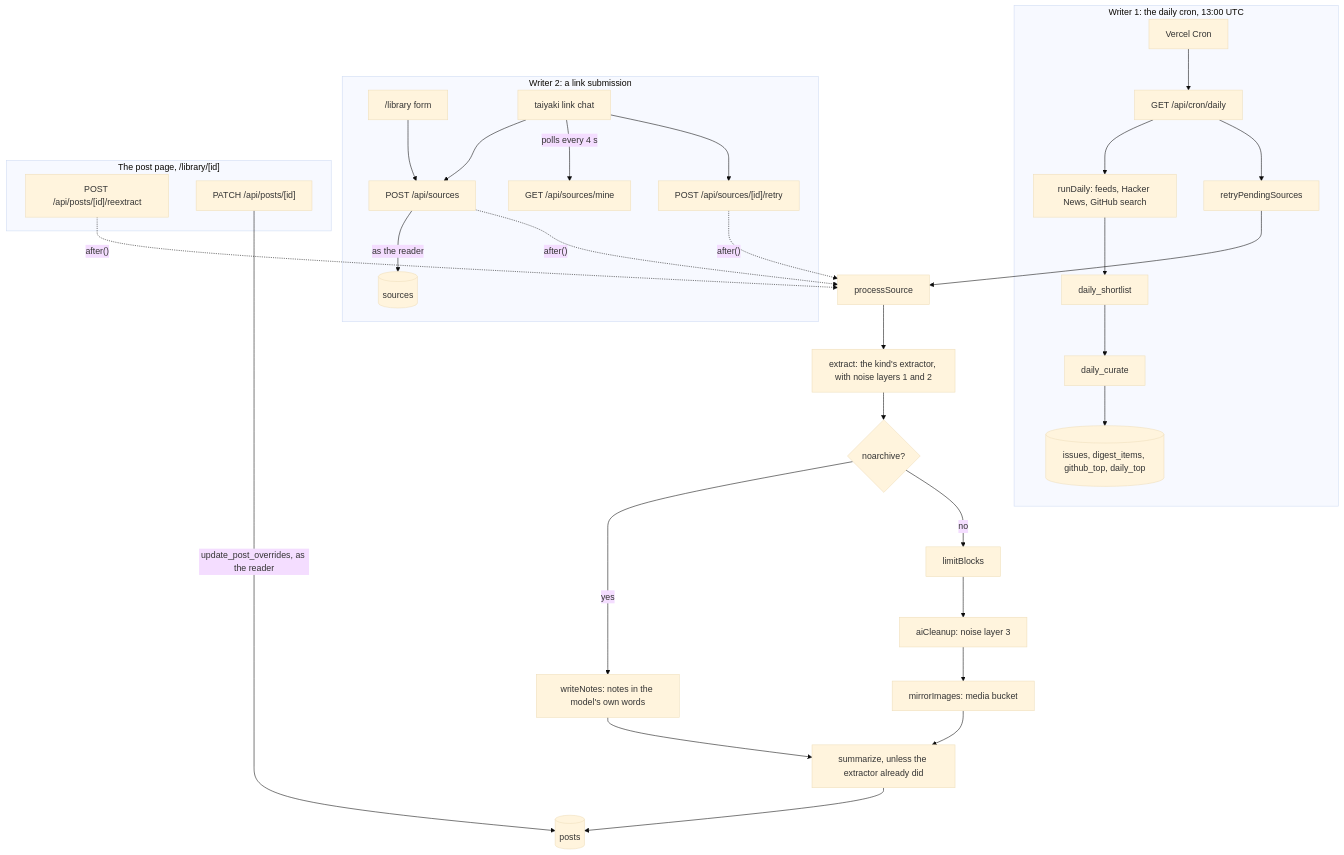
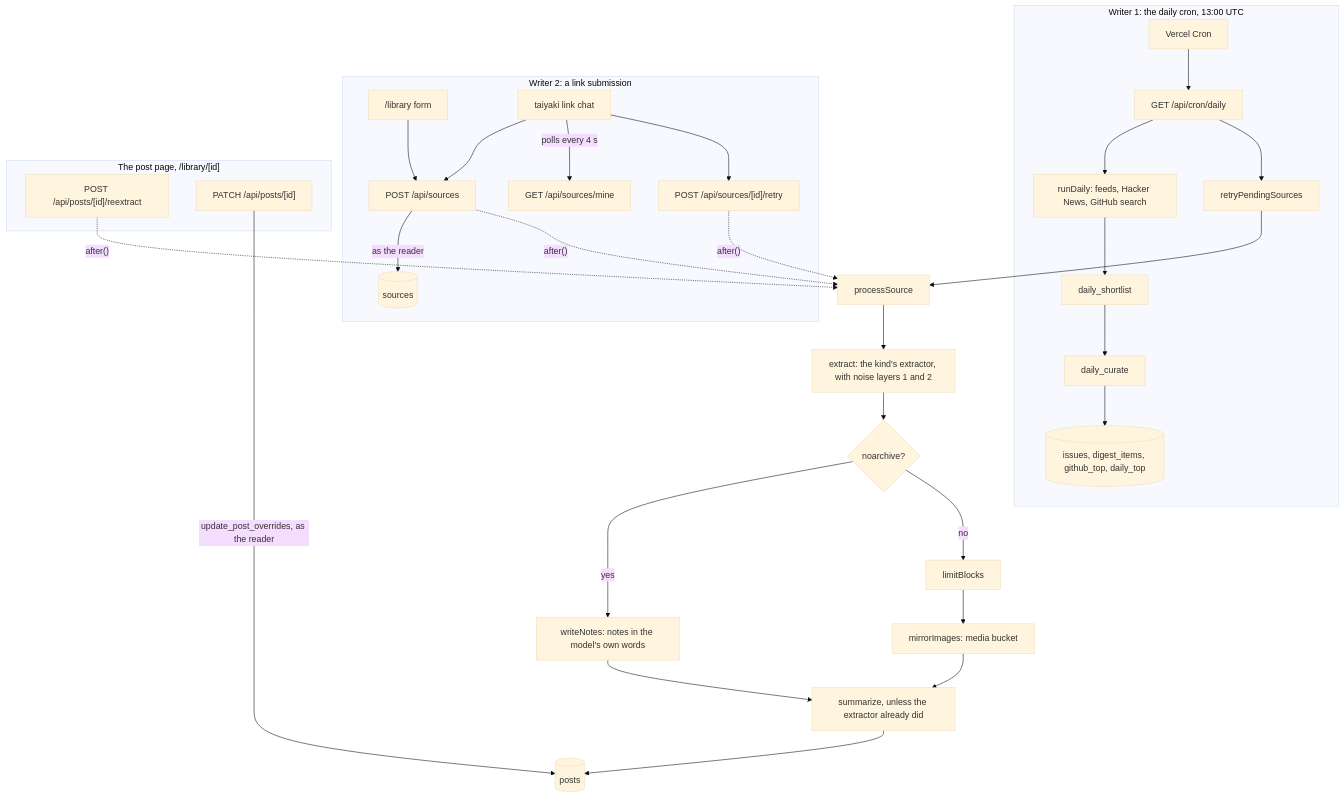
The diagram in README.md (Danzsu/Danzsu-Research-Hub), drawn with Mermaid (base theme) before and after one commit. The commit also changed other lines of this file and 22 other files, not shown here.

````diff
--- a/README.md
+++ b/README.md
@@ -23,33 +23,33 @@
 ```mermaid
 flowchart TD
   subgraph daily["Writer 1: the daily cron, 13:00 UTC"]
     cron["Vercel Cron"] --> cronRoute["GET /api/cron/daily"]
     cronRoute --> runDaily["runDaily: feeds, Hacker News, GitHub search"]
     runDaily --> shortlist["daily_shortlist"] --> curate["daily_curate"]
     curate --> radar[("issues, digest_items, github_top, daily_top")]
     cronRoute --> retry["retryPendingSources"]
   end
   subgraph submit["Writer 2: a link submission"]
     form["/library form"] --> sourcesRoute["POST /api/sources"]
     chat["taiyaki link chat"] --> sourcesRoute
     chat -->|"polls every 4 s"| mineRoute["GET /api/sources/mine"]
     chat --> retryRoute["POST /api/sources/[id]/retry"]
     sourcesRoute -->|"as the reader"| sources[("sources")]
   end
   subgraph postPage["The post page, /library/[id]"]
     reextractRoute["POST /api/posts/[id]/reextract"]
     editRoute["PATCH /api/posts/[id]"]
   end
   sourcesRoute -.->|"after()"| ingest["processSource"]
   retryRoute -.->|"after()"| ingest
   reextractRoute -.->|"after()"| ingest
   retry --> ingest
   ingest --> extract["extract: the kind's extractor, with noise layers 1 and 2"]
   extract --> noarchive{"noarchive?"}
   noarchive -->|yes| notes["writeNotes: notes in the model's own words"]
-  noarchive -->|no| limit["limitBlocks"] --> cleanup["aiCleanup: noise layer 3"] --> images["mirrorImages: media bucket"]
+  noarchive -->|no| limit["limitBlocks"] --> images["mirrorImages: media bucket"]
   notes --> summarize["summarize, unless the extractor already did"]
   images --> summarize
   summarize --> posts[("posts")]
   editRoute -->|"update_post_overrides, as the reader"| posts
 ```
````
